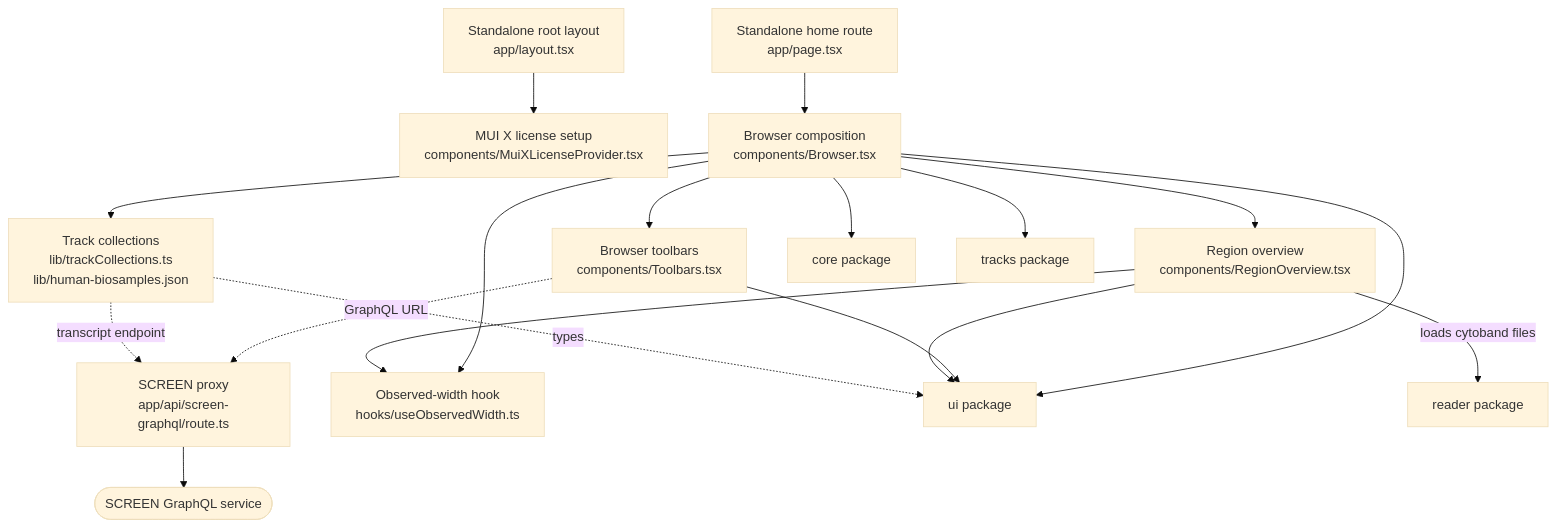
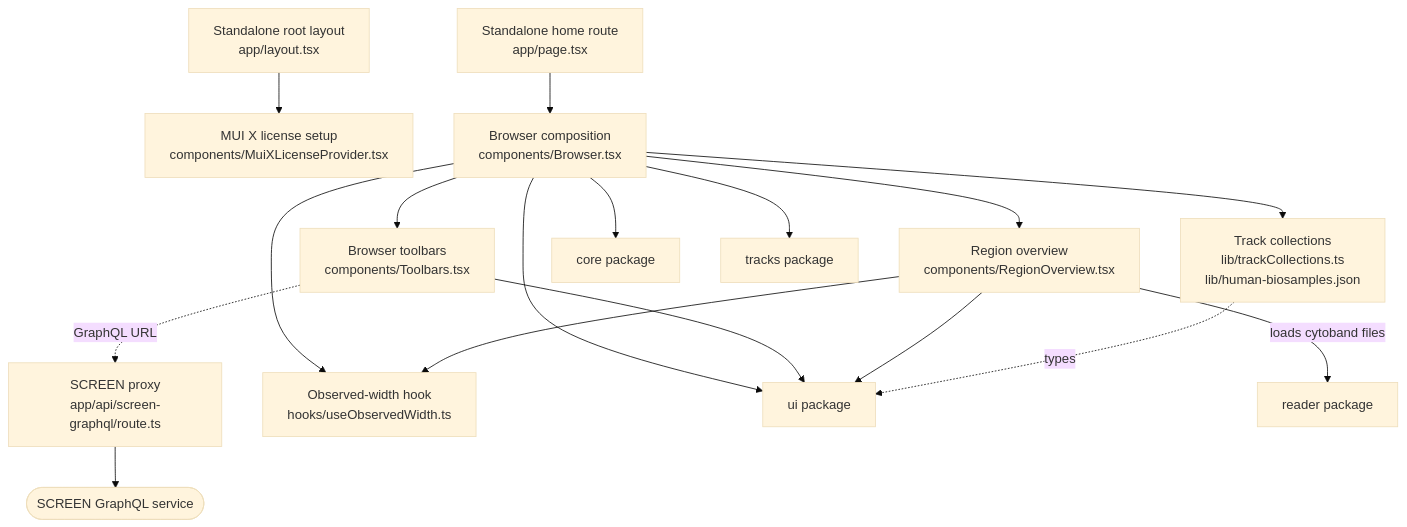
The fifth of 7 diagrams in docs/module-dependencies.md (weng-lab/genomebrowser), drawn with Mermaid (base theme) before and after one commit. The commit also changed other lines of this file and 45 other files, not shown here.

Commit message:
Remove the old GraphQL Transcript track and core endpoint export (#230)

````diff
--- a/docs/module-dependencies.md
+++ b/docs/module-dependencies.md
@@ -308,41 +301,40 @@
 ```mermaid
 flowchart TB
   ROOT["Standalone root layout<br/>app/layout.tsx"]
   HOME["Standalone home route<br/>app/page.tsx"]
   API["SCREEN proxy<br/>app/api/screen-graphql/route.ts"]
 
   LICENSE["MUI X license setup<br/>components/MuiXLicenseProvider.tsx"]
 
   BROWSER["Browser composition<br/>components/Browser.tsx"]
   TOOLBARS["Browser toolbars<br/>components/Toolbars.tsx"]
   OVERVIEW["Region overview<br/>components/RegionOverview.tsx"]
   WIDTH["Observed-width hook<br/>hooks/useObservedWidth.ts"]
   COLLECTIONS["Track collections<br/>lib/trackCollections.ts<br/>lib/human-biosamples.json"]
 
   CORE["core package"]
   TRACKS["tracks package"]
   UI["ui package"]
   READER["reader package"]
   SCREEN(["SCREEN GraphQL service"])
 
   ROOT --> LICENSE
   HOME --> BROWSER
 
   BROWSER --> TOOLBARS
   BROWSER --> OVERVIEW
   BROWSER --> WIDTH
   BROWSER --> COLLECTIONS
   OVERVIEW --> WIDTH
   OVERVIEW -->|loads cytoband files| READER
 
   BROWSER --> CORE
   BROWSER --> TRACKS
   BROWSER --> UI
   TOOLBARS --> UI
   OVERVIEW --> UI
   COLLECTIONS -. "types" .-> UI
 
   TOOLBARS -. "GraphQL URL" .-> API
-  COLLECTIONS -. "transcript endpoint" .-> API
   API --> SCREEN
 ```
````
